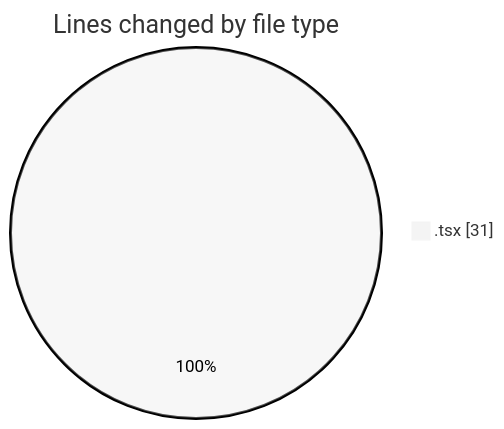
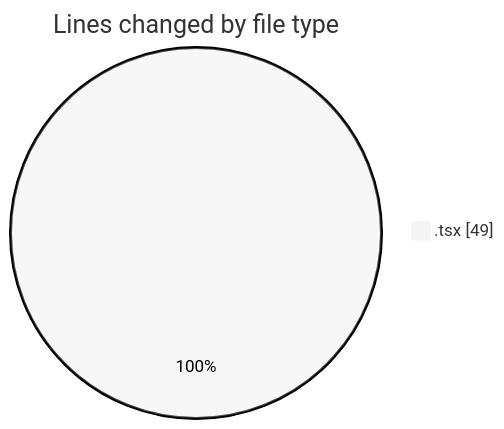
The first of 2 diagrams in 2025-11-18/cda/README.md (momahboobian/code-tracking), drawn with Mermaid (neutral theme) before and after one commit. The commit also changed other lines of this file and 1 other file, not shown here.

````diff
--- a/2025-11-18/cda/README.md
+++ b/2025-11-18/cda/README.md
@@ -21,5 +21,5 @@
 ```mermaid
 pie showData
 title Lines changed by file type
-".tsx" : 31
+".tsx" : 49
 ```
````
